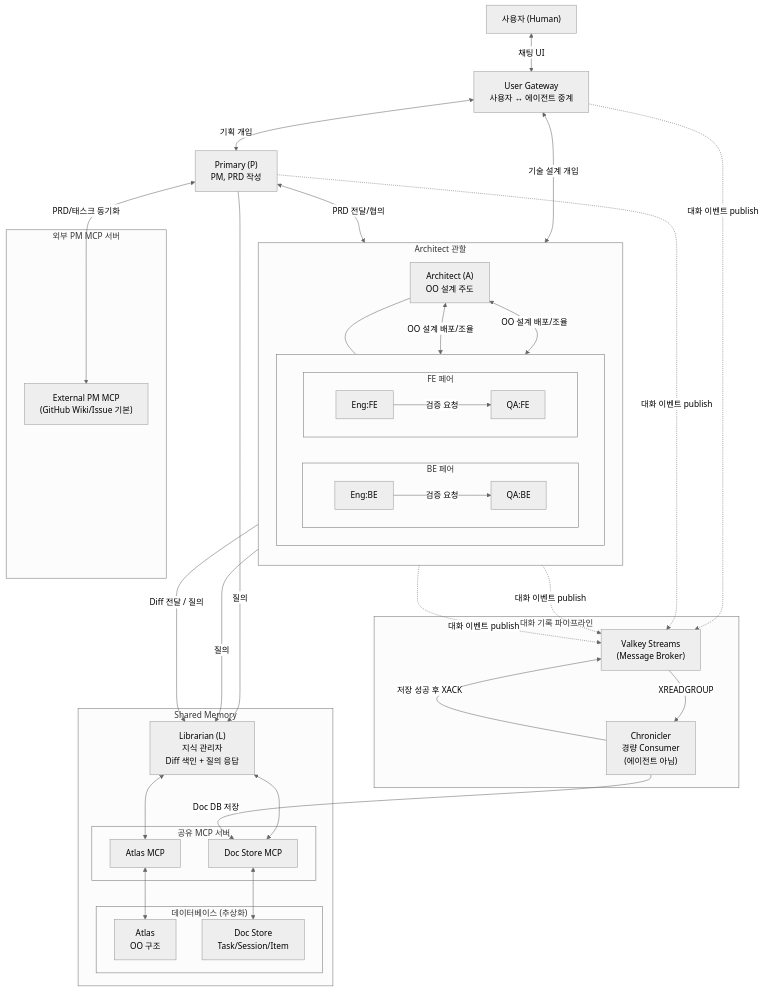
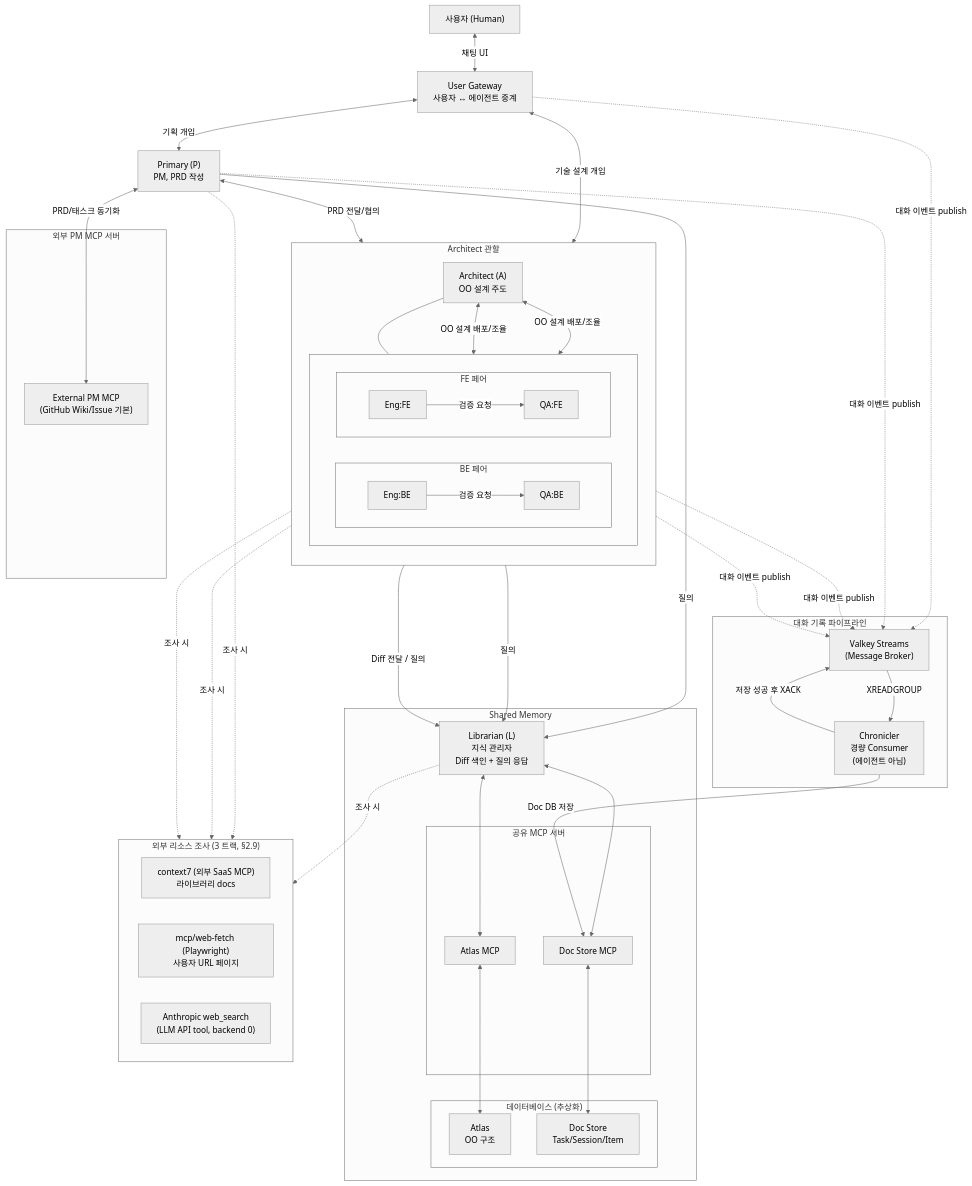
Before and after one commit to vonkernel/dev-team: the first of 13 diagrams in docs/proposal.md, drawn with Mermaid (neutral theme).

Commit message:
docs(proposal): §2.1 메인 아키텍처 다이어그램에 외부 리소스 조사 3 트랙 추가 (#62)
§2.9 의 3 트랙 (context7 / mcp/web-fetch / Anthropic web_search) 을 §2.1
메인 다이어그램에도 ResearchTracks 서브그래프로 간략 표기. 모든 에이전트 (P /
A / Pairs / L) 가 조사 시 호출하는 점선 연결 추가.

```diff
--- a/docs/proposal.md
+++ b/docs/proposal.md
@@ -85,6 +85,12 @@
         ExtPmMCP["External PM MCP<br/>(GitHub Wiki/Issue 기본)"]
     end
 
+    subgraph ResearchTracks["외부 리소스 조사 (3 트랙, §2.9)"]
+        Ctx7["context7 (외부 SaaS MCP)<br/>라이브러리 docs"]
+        WebFetch["mcp/web-fetch (Playwright)<br/>사용자 URL 페이지"]
+        WebSearch["Anthropic web_search<br/>(LLM API tool, backend 0)"]
+    end
+
     %% 사용자 접점: User Gateway를 통해 P와 A에 개입
     User <-->|채팅 UI| UG
     UG <-->|기획 개입| P
@@ -95,6 +101,12 @@
 
     %% 외부 PM MCP는 P 단독 창구 (프로젝트 관리 책임의 일관성)
     P <-->|PRD/태스크 동기화| ExtPmMCP
+
+    %% 외부 리소스 조사 — 모든 에이전트가 필요 시 호출 (간략 표기)
+    P -.->|조사 시| ResearchTracks
+    A -.->|조사 시| ResearchTracks
+    Pairs -.->|조사 시| ResearchTracks
+    L -.->|조사 시| ResearchTracks
 
     %% A ↔ 각 페어 (OO 설계 배포, Eng/QA 동시에 수신)
     A <-->|OO 설계 배포/조율| PairBE
```
